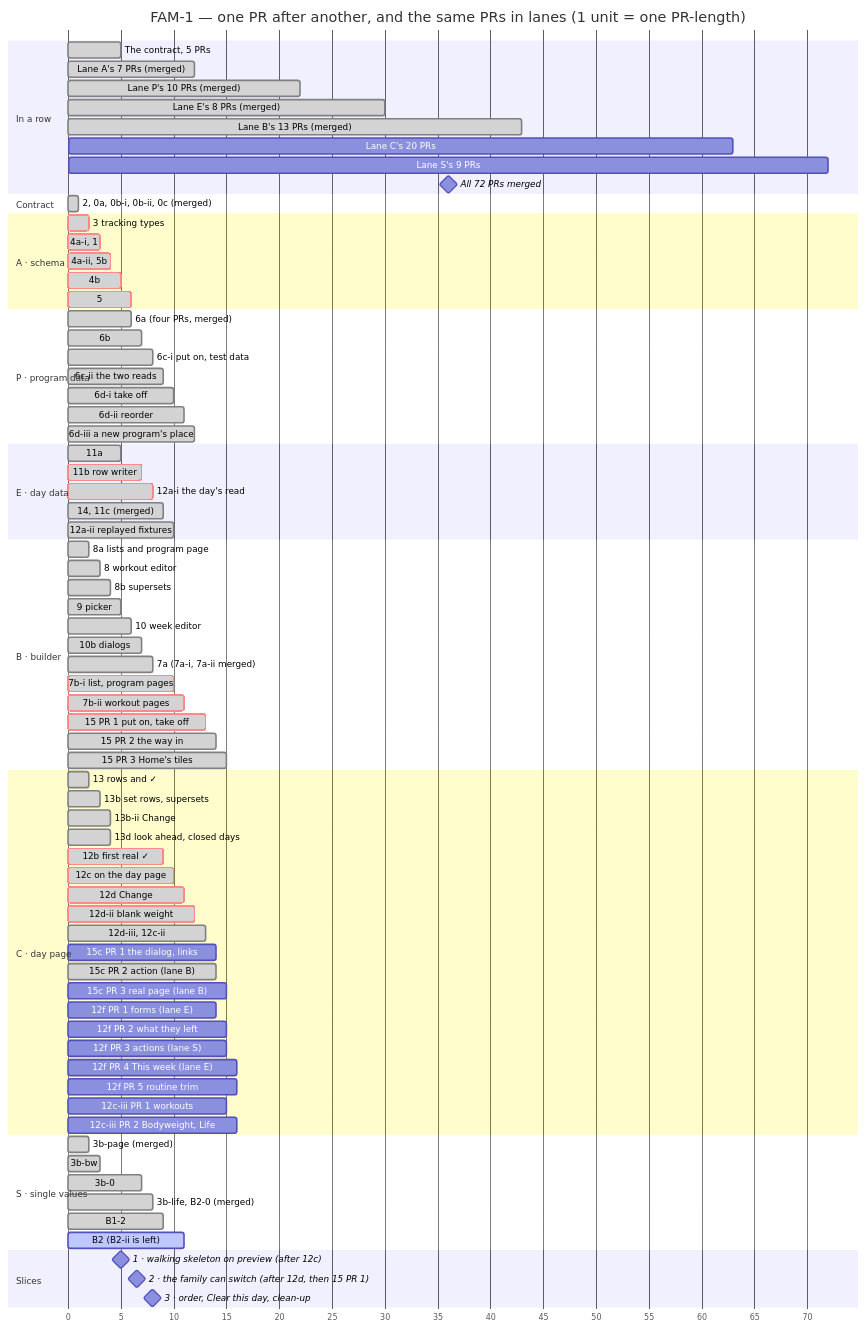
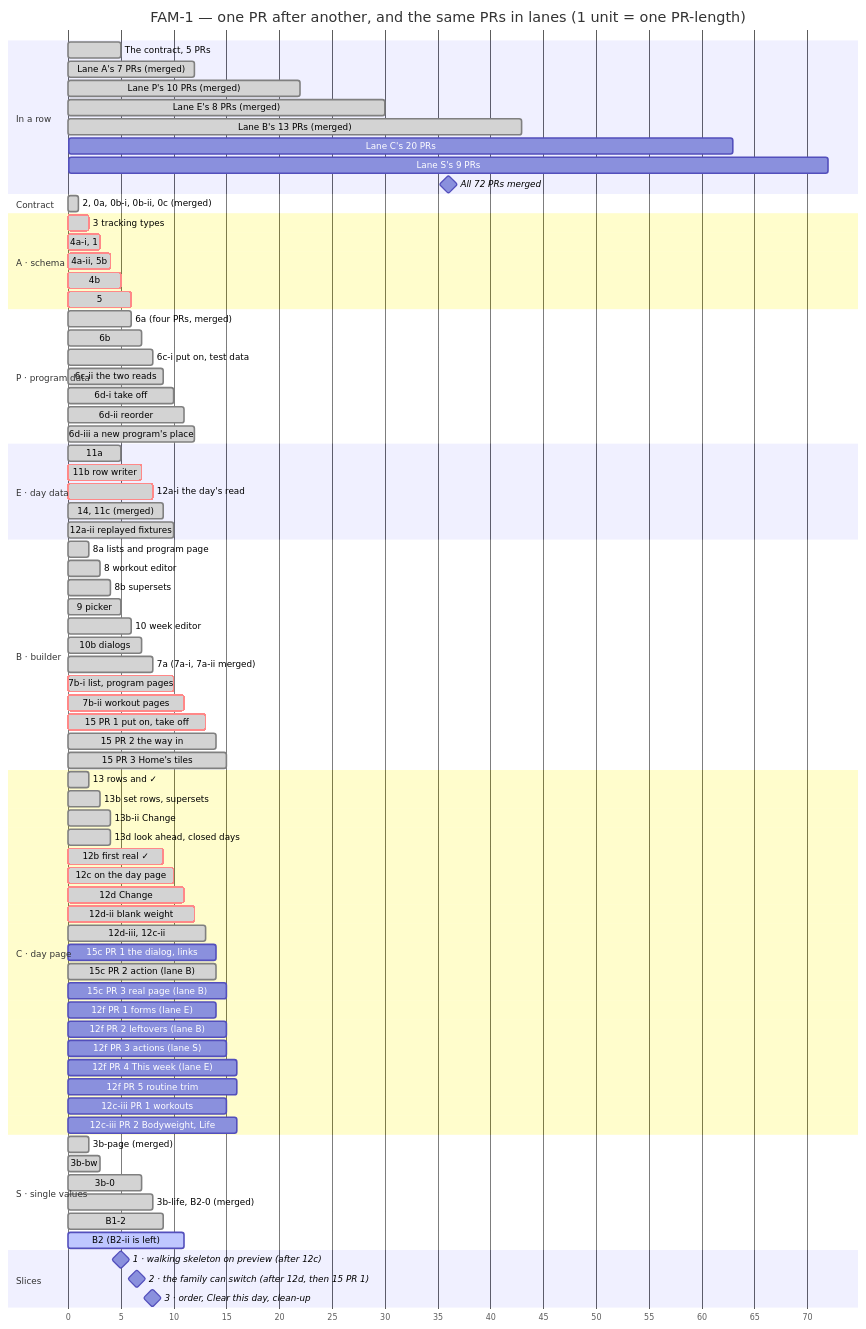
The second of 2 diagrams in docs/milestones/fam-1-family-program.md (ralamode/mat-plan), drawn with Mermaid before and after one commit. The commit also changed other lines of this file and 2 other files, not shown here.

Commit message:
docs(fam-1-12f): lane b builds 12f pr 2, a second hand-over from lane c

```diff
--- a/docs/milestones/fam-1-family-program.md
+++ b/docs/milestones/fam-1-family-program.md
@@ -328,7 +328,7 @@
   15c PR 2 action (lane B)     :done, c7b, 13, 14
   15c PR 3 real page (lane B)  :c7c, 14, 15
   12f PR 1 forms (lane E)      :c9a, 13, 14
-  12f PR 2 what they left      :c9b, 14, 15
+  12f PR 2 leftovers (lane B)  :c9b, 14, 15
   12f PR 3 actions (lane S)    :c9c, 14, 15
   12f PR 4 This week (lane E)  :c9d, 15, 16
   12f PR 5 routine trim        :c9e, 15, 16
```
